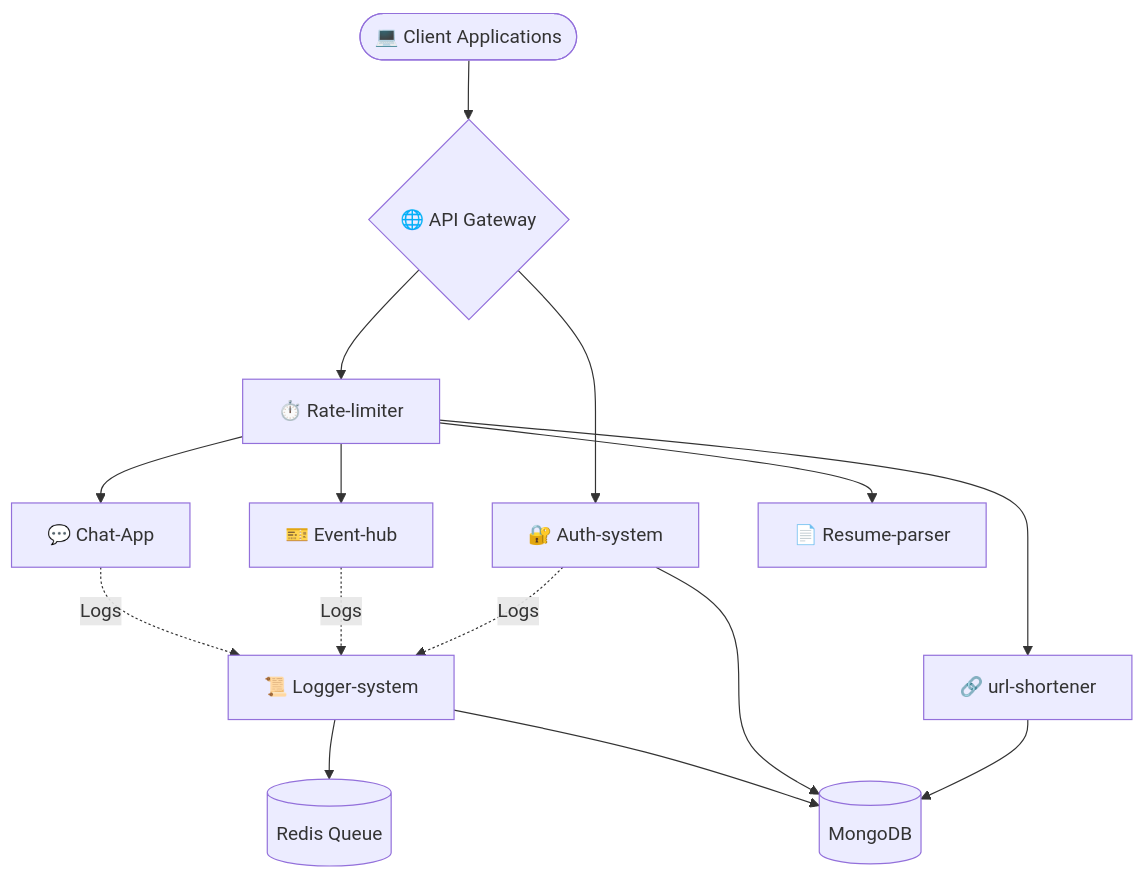
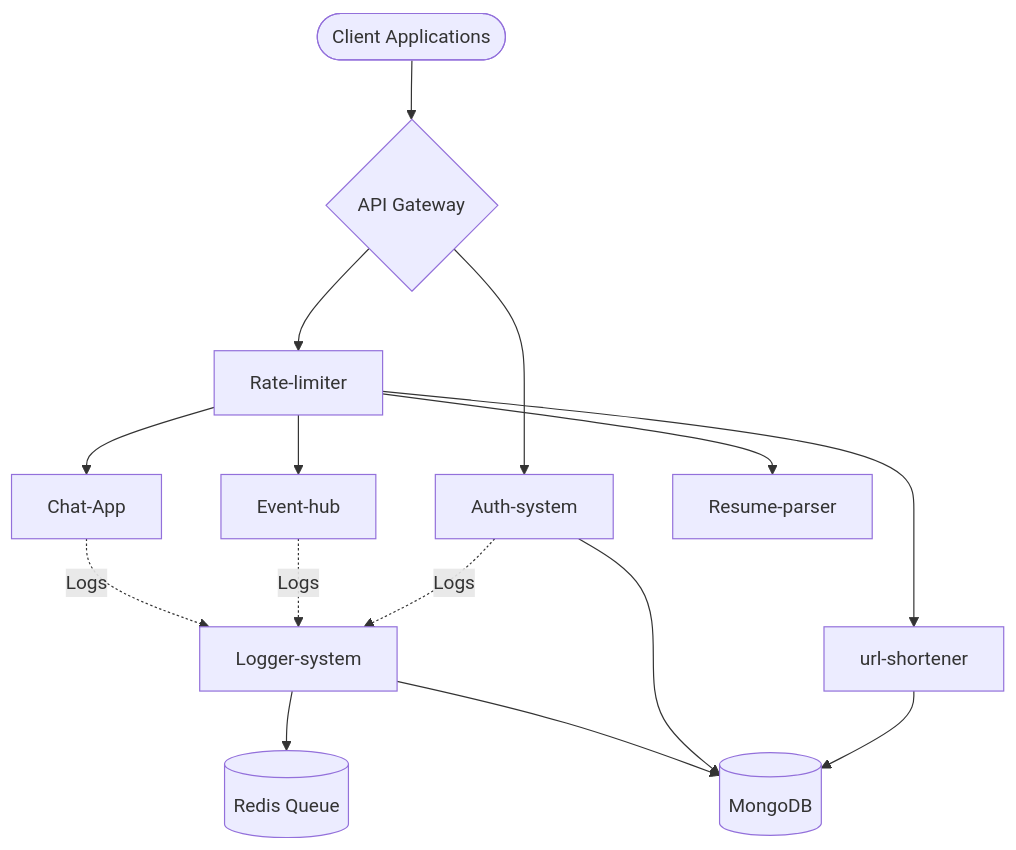
The first of 3 diagrams in README.md (UBX-CODE/Backend-Prac), drawn with Mermaid before and after one commit. The commit also changed other lines of this file, not shown here.

````diff
--- a/README.md
+++ b/README.md
@@ -17,21 +17,21 @@
 ```mermaid
 graph TD;
-    Client([💻 Client Applications]) --> API_Gateway{🌐 API Gateway}
-    API_Gateway --> Auth[🔐 Auth-system]
-    API_Gateway --> RateLimit[⏱️ Rate-limiter]
+    Client([ Client Applications]) --> API_Gateway{ API Gateway}
+    API_Gateway --> Auth[ Auth-system]
+    API_Gateway --> RateLimit[ Rate-limiter]
     
-    RateLimit --> Chat[💬 Chat-App]
-    RateLimit --> Event[🎫 Event-hub]
-    RateLimit --> URL[🔗 url-shortener]
-    RateLimit --> Resume[📄 Resume-parser]
+    RateLimit --> Chat[ Chat-App]
+    RateLimit --> Event[ Event-hub]
+    RateLimit --> URL[ url-shortener]
+    RateLimit --> Resume[ Resume-parser]
     
-    Chat -. Logs .-> Logger[📜 Logger-system]
+    Chat -. Logs .-> Logger[ Logger-system]
     Event -. Logs .-> Logger
     Auth -. Logs .-> Logger
     
     Logger --> Redis[(Redis Queue)]
     Logger --> MongoDB[(MongoDB)]
     
     Auth --> MongoDB
     URL --> MongoDB
 ```
````
